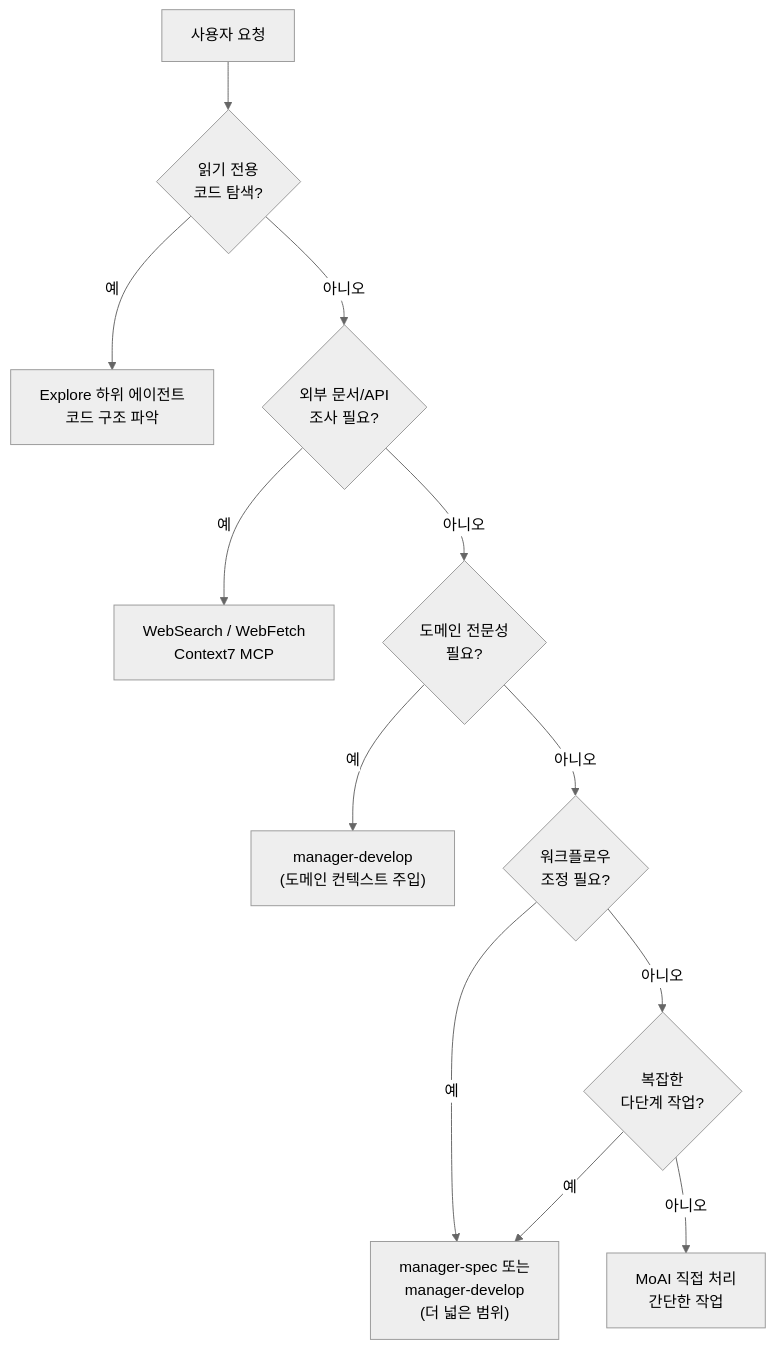
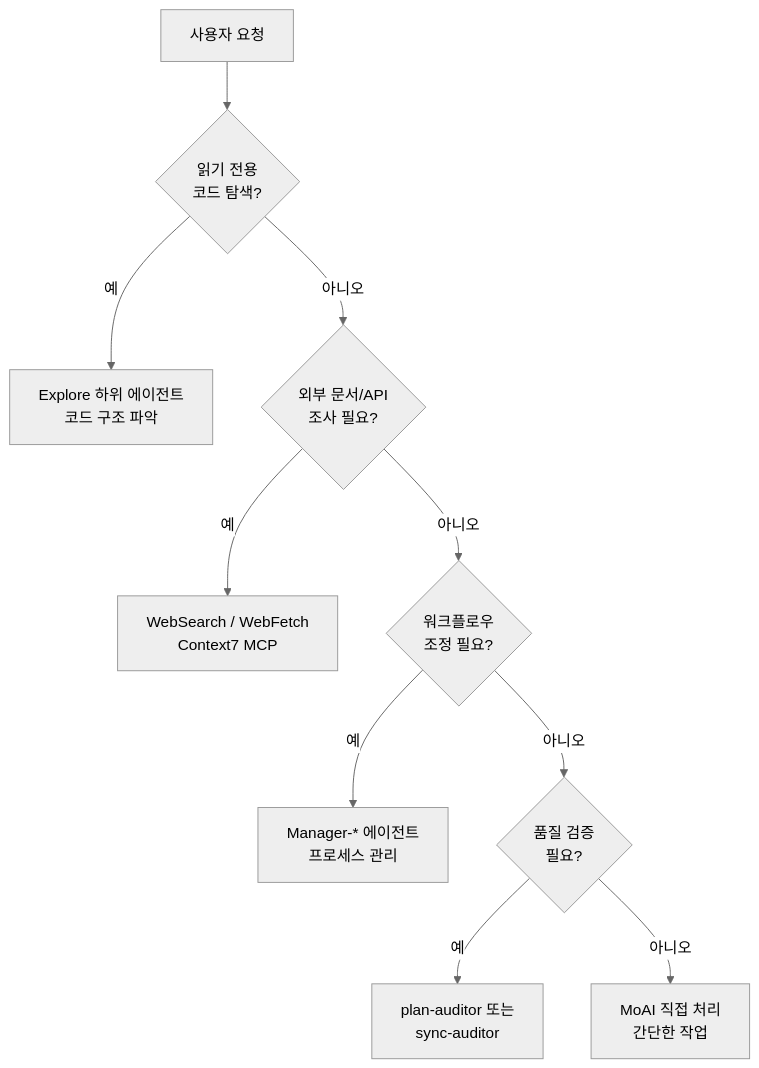
Before and after one commit to modu-ai/moai-adk: the diagram in docs-site/content/ko/advanced/agent-guide.md, drawn with Mermaid (neutral theme). The commit also changed other lines of this file and 14 other files, not shown here.

````diff
--- a/docs-site/content/ko/advanced/agent-guide.md
+++ b/docs-site/content/ko/advanced/agent-guide.md
@@ -159,19 +78,16 @@
 ```mermaid
 flowchart TD
     START[사용자 요청] --> Q1{읽기 전용<br>코드 탐색?}
 
     Q1 -->|예| EXPLORE["Explore 하위 에이전트<br>코드 구조 파악"]
     Q1 -->|아니오| Q2{외부 문서/API<br>조사 필요?}
 
     Q2 -->|예| WEB["WebSearch / WebFetch<br>Context7 MCP"]
-    Q2 -->|아니오| Q3{도메인 전문성<br>필요?}
+    Q2 -->|아니오| Q3{워크플로우<br>조정 필요?}
 
-    Q3 -->|예| DOMAINCTX["manager-develop<br>(도메인 컨텍스트 주입)"]
-    Q3 -->|아니오| Q4{워크플로우<br>조정 필요?}
+    Q3 -->|예| MANAGER["Manager-* 에이전트<br>프로세스 관리"]
+    Q3 -->|아니오| Q4{품질 검증<br>필요?}
 
-    Q4 -->|예| MANAGER["manager-* 에이전트<br>프로세스 관리"]
-    Q4 -->|아니오| Q5{복잡한<br>다단계 작업?}
-
-    Q5 -->|예| MANAGER["manager-spec 또는<br>manager-develop<br>(더 넓은 범위)"]
-    Q5 -->|아니오| DIRECT["MoAI 직접 처리<br>간단한 작업"]
+    Q4 -->|예| EVAL["plan-auditor 또는<br>sync-auditor"]
+    Q4 -->|아니오| DIRECT["MoAI 직접 처리<br>간단한 작업"]
 ```
````
